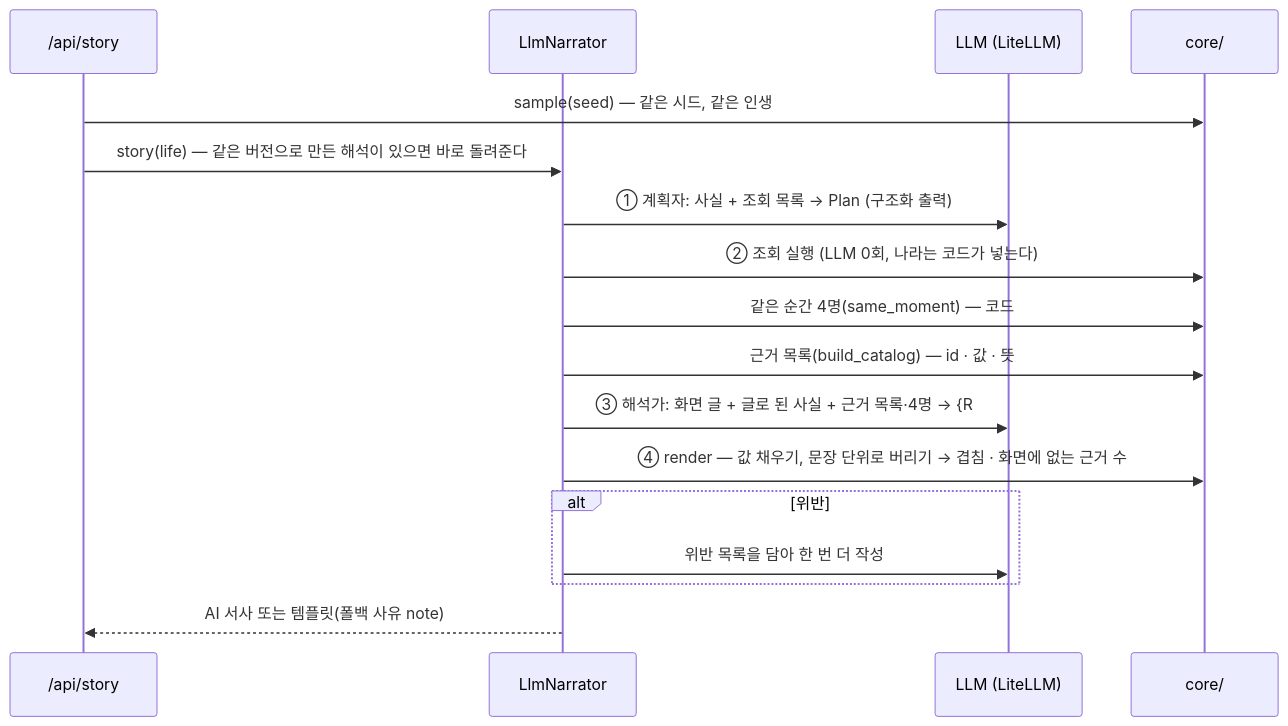
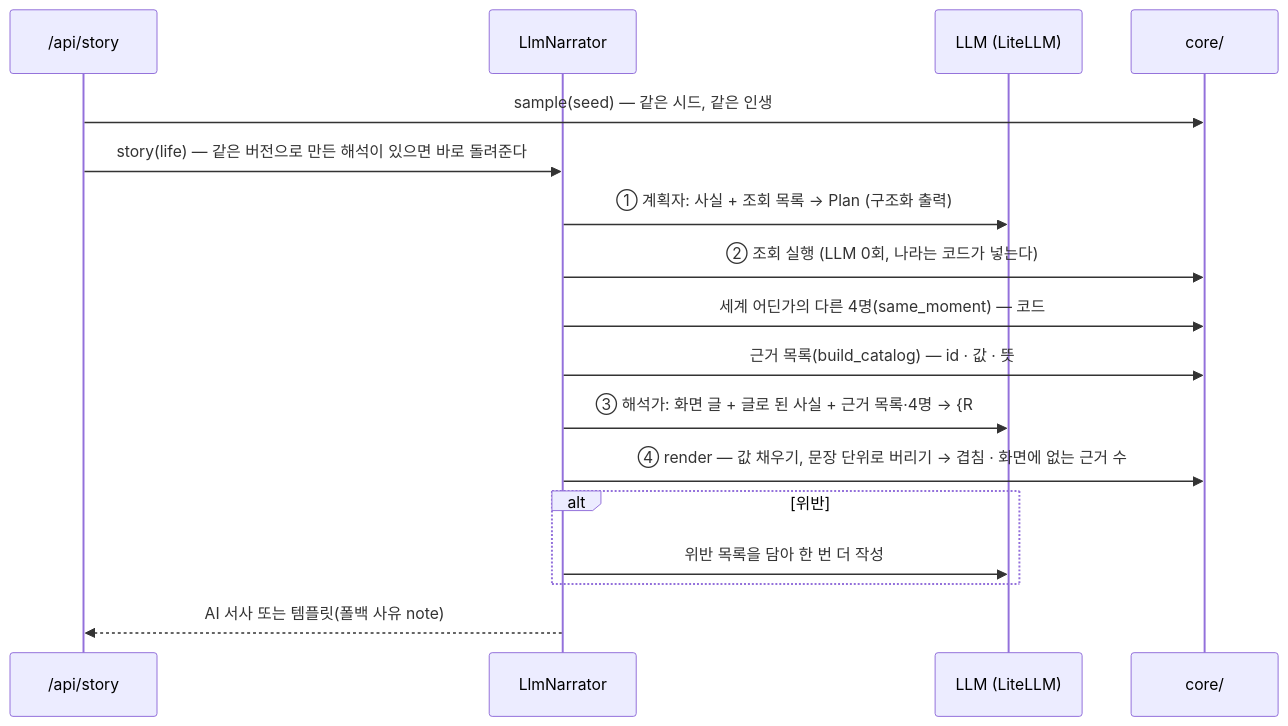
The second of 2 diagrams in docs/architecture.md (wallaby150/ai_service_engineering-track_a), drawn with Mermaid before and after one commit. The commit also changed other lines of this file and 13 other files, not shown here.

````diff
--- a/docs/architecture.md
+++ b/docs/architecture.md
@@ -78,19 +78,19 @@
 ```mermaid
 sequenceDiagram
   participant API as /api/story
   participant N as LlmNarrator
   participant M as LLM (LiteLLM)
   participant C as core/
   API->>C: sample(seed) — 같은 시드, 같은 인생
   API->>N: story(life) — 같은 버전으로 만든 해석이 있으면 바로 돌려준다
   N->>M: ① 계획자: 사실 + 조회 목록 → Plan (구조화 출력)
   N->>C: ② 조회 실행 (LLM 0회, 나라는 코드가 넣는다)
-  N->>C: 같은 순간 4명(same_moment) — 코드
+  N->>C: 세계 어딘가의 다른 4명(same_moment) — 코드
   N->>C: 근거 목록(build_catalog) — id · 값 · 뜻
   N->>M: ③ 해석가: 화면 글 + 글로 된 사실 + 근거 목록·4명 → {R#}로 가리킨 Story
   N->>C: ④ render — 값 채우기, 문장 단위로 버리기 → 겹침 · 화면에 없는 근거 수
   alt 위반
     N->>M: 위반 목록을 담아 한 번 더 작성
   end
   N-->>API: AI 서사 또는 템플릿(폴백 사유 note)
 ```
````
